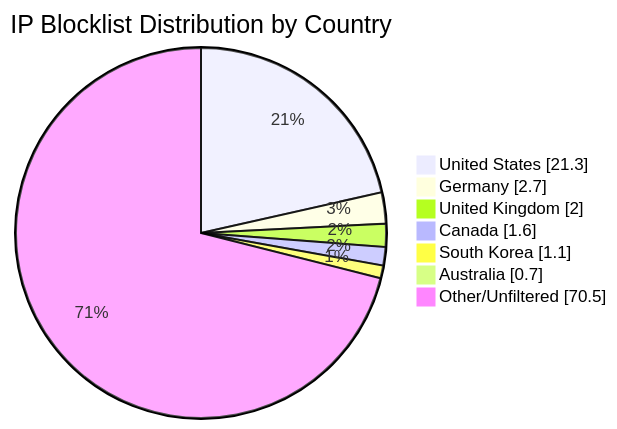
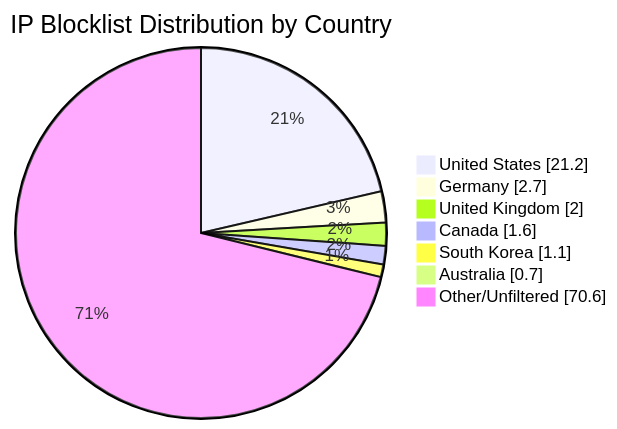
One commit to MarcusHoltz/ipblocklist-geofiltered-aggregator changed the diagram in README.md. Above: the diagram before and after it, drawn with Mermaid. The commit also changed other lines of this file and 9 other files, not shown here.

````diff
--- a/README.md
+++ b/README.md
@@ -34,10 +34,10 @@
 ```mermaid
 pie showData title IP Blocklist Distribution by Country
-"United States" : 21.3
+"United States" : 21.2
 "Germany" : 2.7
 "United Kingdom" : 2.0
 "Canada" : 1.6
 "South Korea" : 1.1
 "Australia" : 0.7
-"Other/Unfiltered" : 70.5
+"Other/Unfiltered" : 70.6
 ```
````
